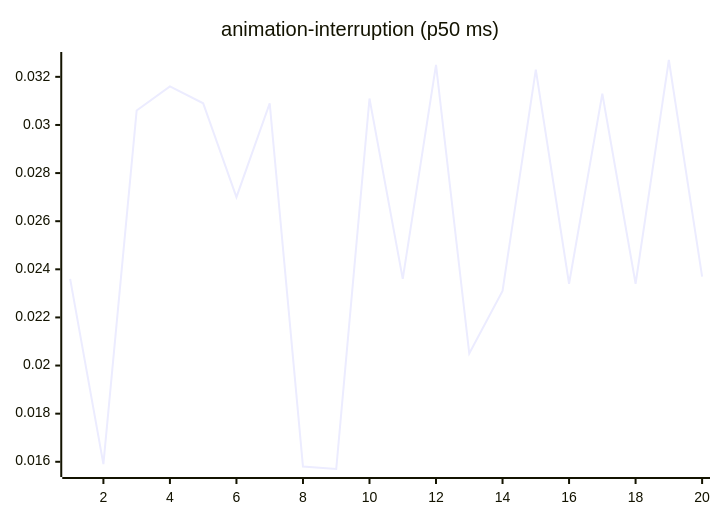
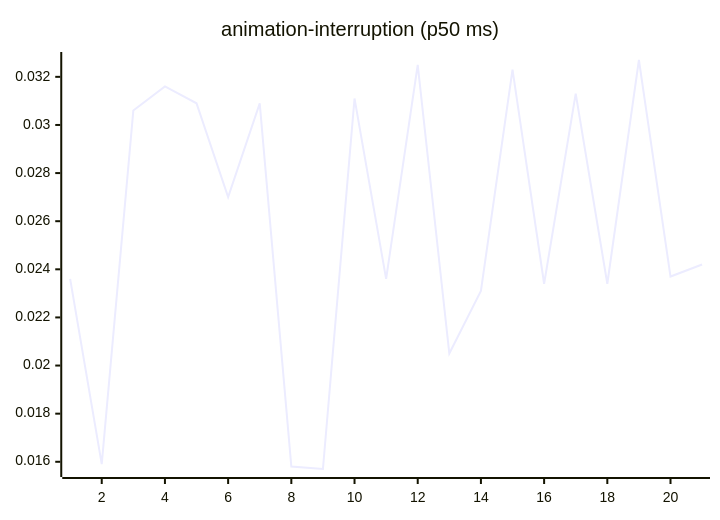
The third of 27 diagrams in README.md (josha/Facet), drawn with Mermaid before and after one commit. The commit also changed other lines of this file and 2 other files, not shown here.

````diff
--- a/README.md
+++ b/README.md
@@ -77,6 +77,6 @@
 ```mermaid
 xychart-beta
     title "animation-interruption (p50 ms)"
-    x-axis 1 --> 20
-    line [0.0236, 0.0159, 0.0306, 0.0316, 0.0309, 0.0270, 0.0309, 0.0158, 0.0157, 0.0311, 0.0236, 0.0325, 0.0205, 0.0231, 0.0323, 0.0234, 0.0313, 0.0234, 0.0327, 0.0237]
+    x-axis 1 --> 21
+    line [0.0236, 0.0159, 0.0306, 0.0316, 0.0309, 0.0270, 0.0309, 0.0158, 0.0157, 0.0311, 0.0236, 0.0325, 0.0205, 0.0231, 0.0323, 0.0234, 0.0313, 0.0234, 0.0327, 0.0237, 0.0242]
 ```
````
